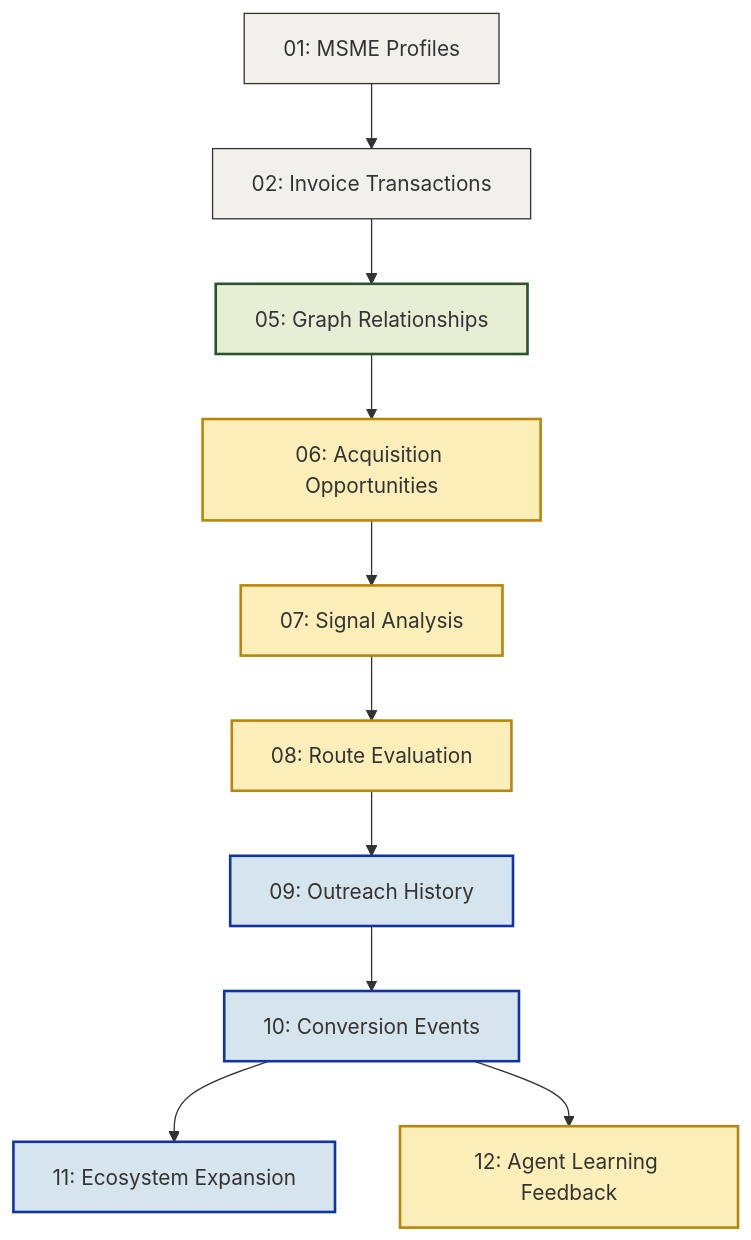
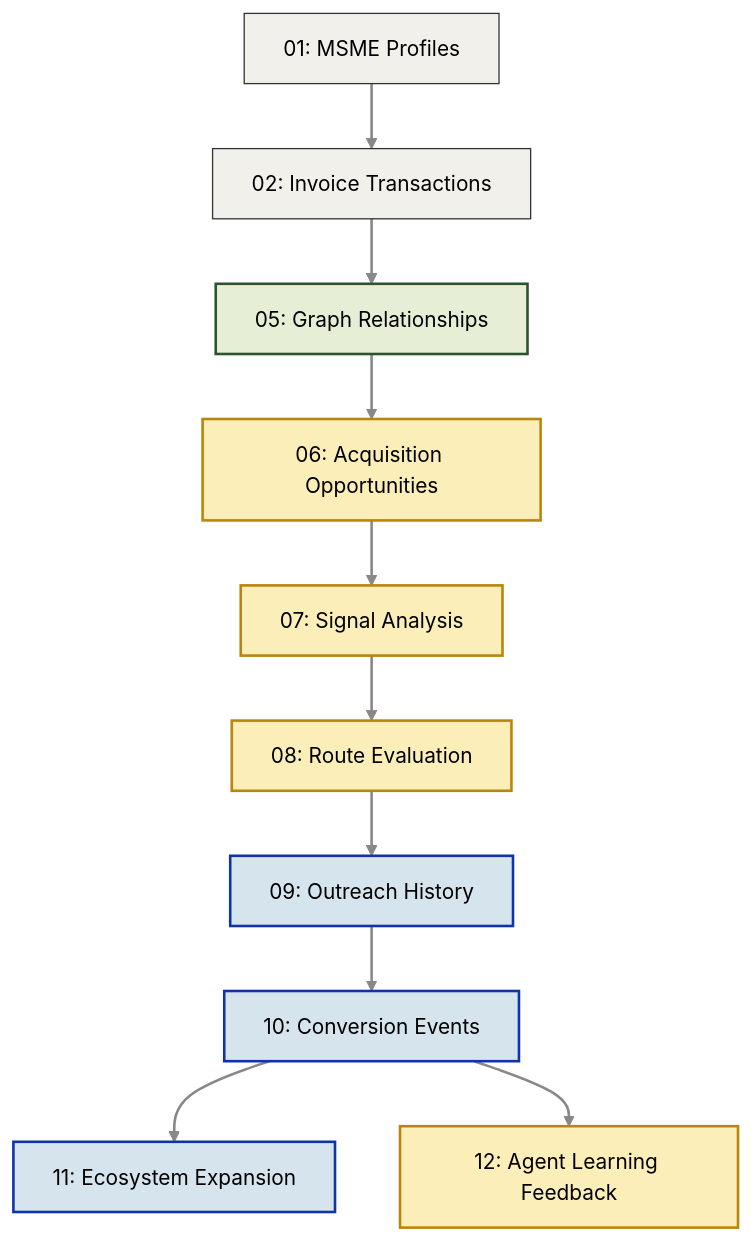
One commit to BlackIron007/sahaj-pathfinder changed the diagram in sample_data/README.md. Above: the diagram before and after it, drawn with Mermaid. The commit also changed other lines of this file, not shown here.

Commit message:
Improved readability of flowchart in /sample_data

````diff
--- a/sample_data/README.md
+++ b/sample_data/README.md
@@ -61,31 +61,34 @@
 ```mermaid
 flowchart TD
-    %% Styling
-    classDef source fill:#f2f0eb,stroke:#333,stroke-width:1px;
-    classDef g_rel fill:#e6eed6,stroke:#2b542c,stroke-width:2px;
-    classDef agent fill:#fbeeb8,stroke:#b8860b,stroke-width:2px;
-    classDef outcome fill:#d6e4ee,stroke:#1034a6,stroke-width:2px;
+    %% Styling (Forces black text inside your custom pastel backgrounds)
+    classDef source fill:#f2f0eb,stroke:#333,stroke-width:1px,color:#000;
+    classDef g_rel fill:#e6eed6,stroke:#2b542c,stroke-width:2px,color:#000;
+    classDef agent fill:#fbeeb8,stroke:#b8860b,stroke-width:2px,color:#000;
+    classDef outcome fill:#d6e4ee,stroke:#1034a6,stroke-width:2px,color:#000;
 
     %% Nodes
     A[01: MSME Profiles]:::source
     B[02: Invoice Transactions]:::source
     C[05: Graph Relationships]:::g_rel
     D[06: Acquisition Opportunities]:::agent
     E[07: Signal Analysis]:::agent
     F[08: Route Evaluation]:::agent
     G[09: Outreach History]:::outcome
     H[10: Conversion Events]:::outcome
     I[11: Ecosystem Expansion]:::outcome
     J[12: Agent Learning Feedback]:::agent
 
     %% Flow
     A --> B
     B --> C
     C --> D
     D --> E
     E --> F
     F --> G
     G --> H
     H --> I
     H --> J
+
+    %% Link Styling (Forces arrows to stay visible on dark/light themes)
+    linkStyle default stroke:#888,stroke-width:2px;
 ```
````
